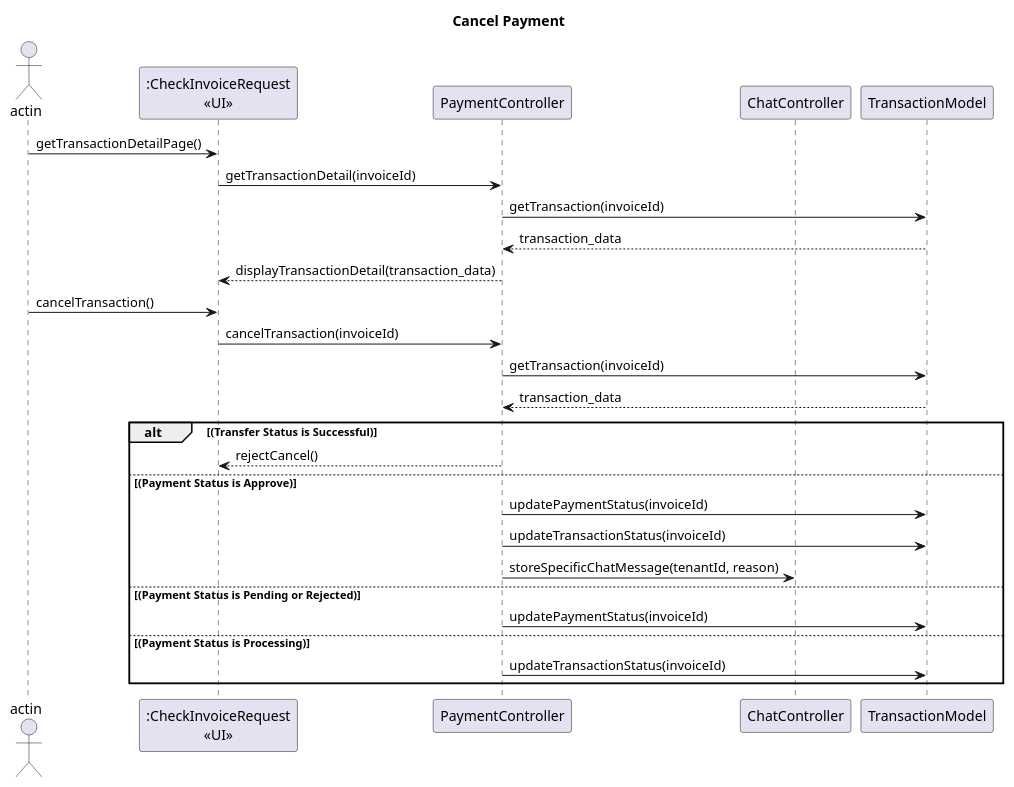
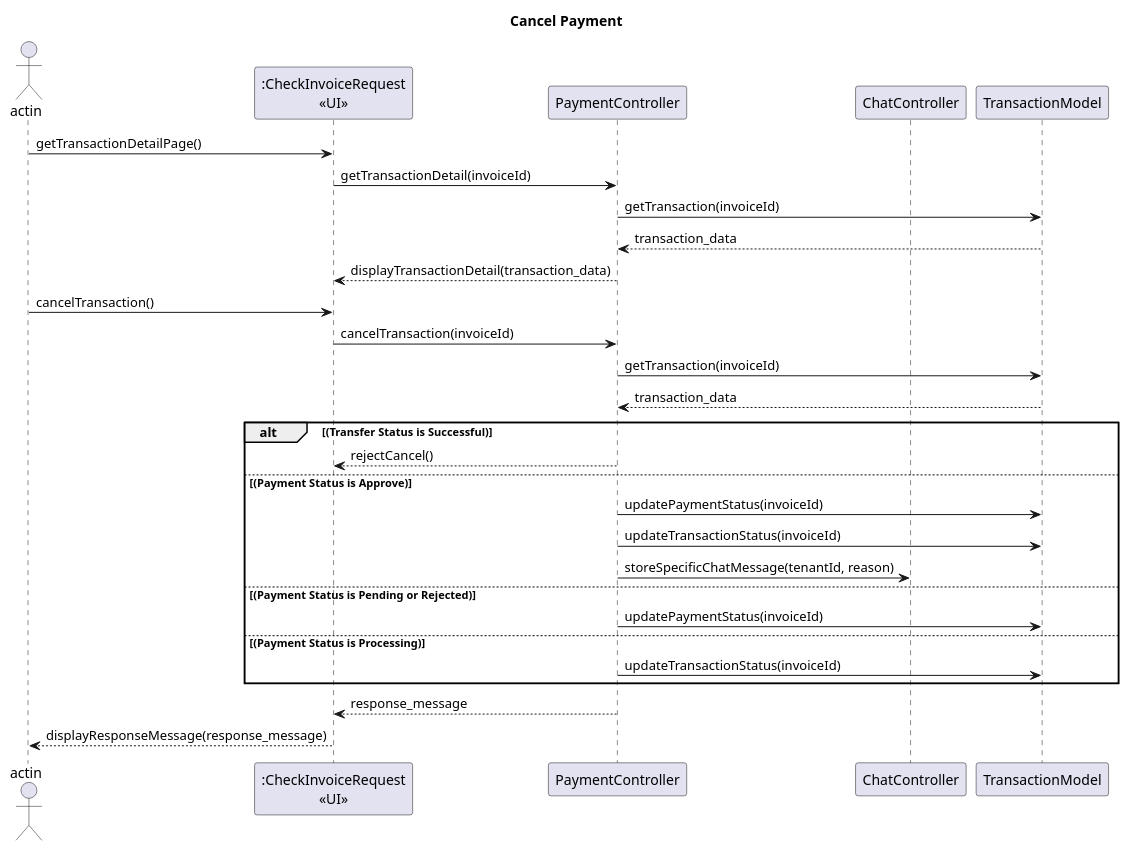
Before and after one commit to AntWort21/BHFMS: the diagram in Design/BHFMS_SEQUENCE/Owner Manager/Payment/Cancel Payment.puml, drawn with PlantUML. The commit also changed 23 other files, not shown here.

Commit message:
Add response message & fix

```diff
--- a/Design/BHFMS_SEQUENCE/Owner Manager/Payment/Cancel Payment.puml
+++ b/Design/BHFMS_SEQUENCE/Owner Manager/Payment/Cancel Payment.puml
@@ -1,34 +1,35 @@
 @startuml
 title Cancel Payment
 actor "actin" as act
 participant ":CheckInvoiceRequest\n<<UI>>" as view
 participant PaymentController as pctrl
 participant ChatController as cctrl
 participant TransactionModel as tm
 
 act -> view : getTransactionDetailPage()
 view -> pctrl : getTransactionDetail(invoiceId)
 pctrl -> tm : getTransaction(invoiceId)
 pctrl <-- tm : transaction_data
 view <-- pctrl : displayTransactionDetail(transaction_data)
 
 act -> view : cancelTransaction()
 view -> pctrl : cancelTransaction(invoiceId)
 pctrl -> tm : getTransaction(invoiceId)
 pctrl <-- tm : transaction_data
 
 alt (Transfer Status is Successful)
     view <-- pctrl : rejectCancel()
 else (Payment Status is Approve)
     pctrl -> tm : updatePaymentStatus(invoiceId)
     pctrl -> tm : updateTransactionStatus(invoiceId)
     pctrl -> cctrl : storeSpecificChatMessage(tenantId, reason)
     
 else (Payment Status is Pending or Rejected)
     pctrl -> tm : updatePaymentStatus(invoiceId)
 else (Payment Status is Processing)
     pctrl -> tm : updateTransactionStatus(invoiceId)
 end
-
+view <-- pctrl : response_message
+act <-- view : displayResponseMessage(response_message)
 
 @enduml
```
